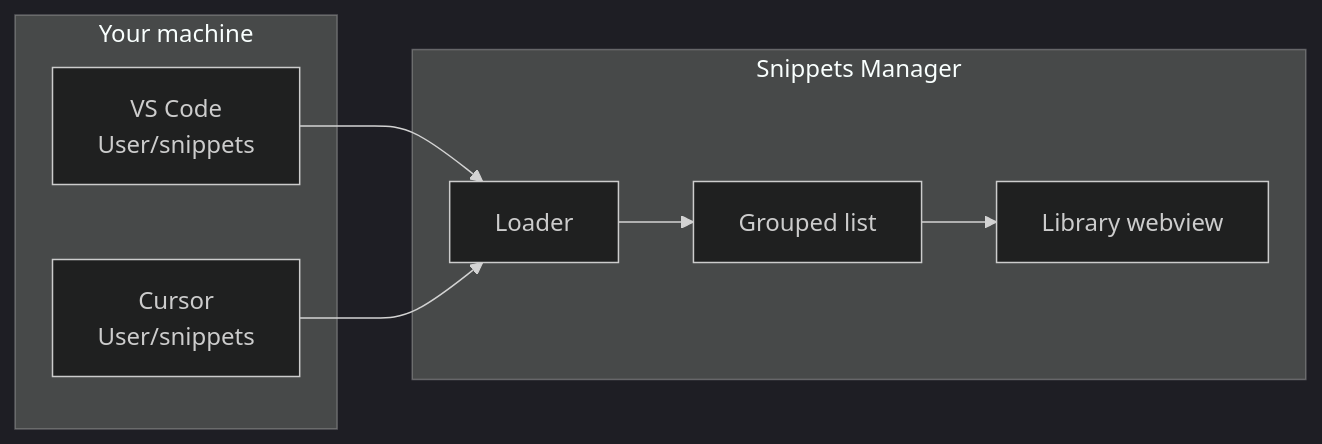
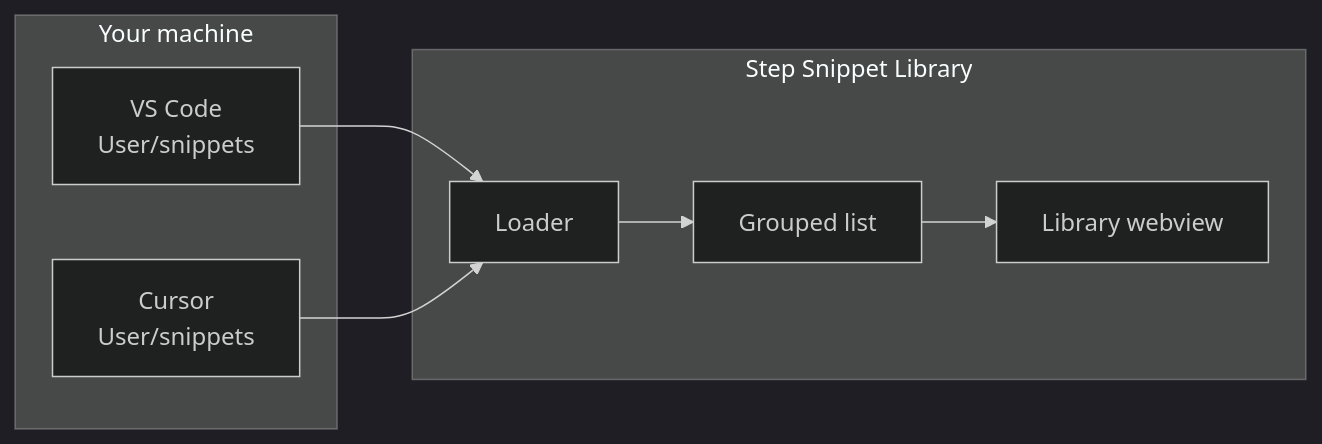
One commit to Akash-2006/vs-code-ext changed the third of 3 diagrams in README.md. Above: the diagram before and after it, drawn with Mermaid (dark theme). The commit also changed other lines of this file and 1 other file, not shown here.

````diff
--- a/README.md
+++ b/README.md
@@ -81,16 +81,16 @@
 ```mermaid
 flowchart LR
     subgraph Disk["Your machine"]
         V["VS Code<br/>User/snippets"]
         C["Cursor<br/>User/snippets"]
     end
-    subgraph Ext["Snippets Manager"]
+    subgraph Ext["Step Snippet Library"]
         L[Loader]
         M[Grouped list]
         W[Library webview]
     end
     V --> L
     C --> L
     L --> M
     M --> W
 ```
````
